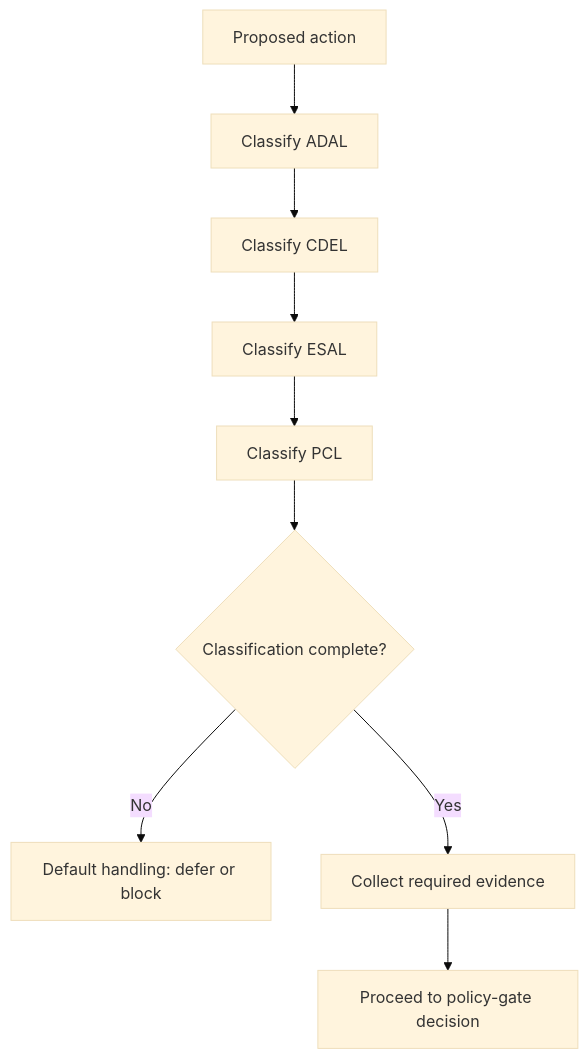
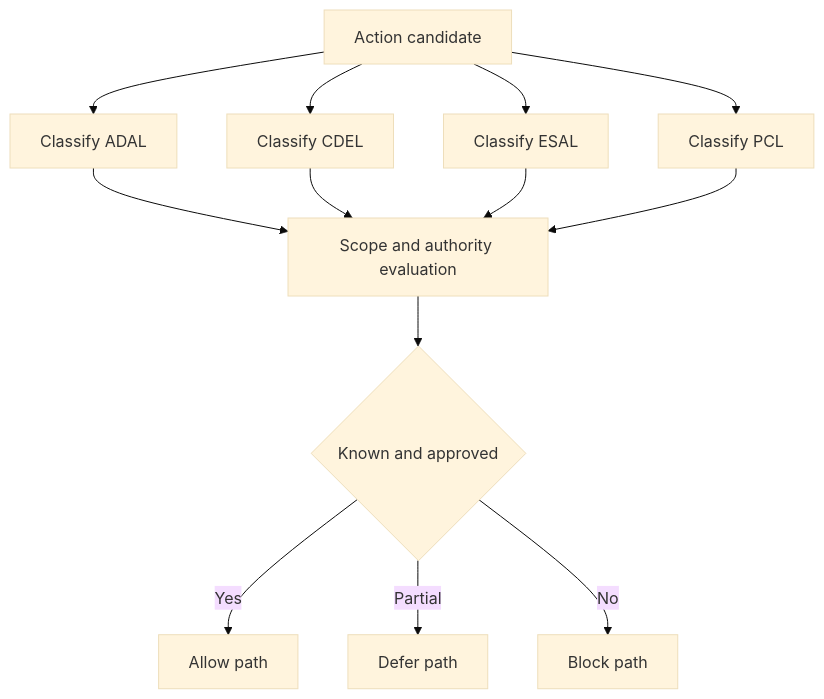
The second of 4 diagrams in docs/architecture.md (oscar26aiagent-creator/yellow-control), drawn with Mermaid (base theme) before and after one commit. The commit also changed other lines of this file and 2 other files, not shown here.

Commit message:
Expand README and architecture for narrowed Yellow-Control scope

````diff
--- a/docs/architecture.md
+++ b/docs/architecture.md
@@ -22,11 +22,15 @@
 ```mermaid
 flowchart TD
-  A[Proposed action] --> B[Classify ADAL]
-  B --> C[Classify CDEL]
-  C --> D[Classify ESAL]
-  D --> E[Classify PCL]
-  E --> F{Classification complete?}
-  F -->|No| G[Default handling: defer or block]
-  F -->|Yes| H[Collect required evidence]
-  H --> I[Proceed to policy-gate decision]
+  A[Action candidate] --> B[Classify ADAL]
+  A --> C[Classify CDEL]
+  A --> D[Classify ESAL]
+  A --> E[Classify PCL]
+  B --> F[Scope and authority evaluation]
+  C --> F
+  D --> F
+  E --> F
+  F --> G{Known and approved}
+  G -->|Yes| H[Allow path]
+  G -->|Partial| I[Defer path]
+  G -->|No| J[Block path]
 ```
````
